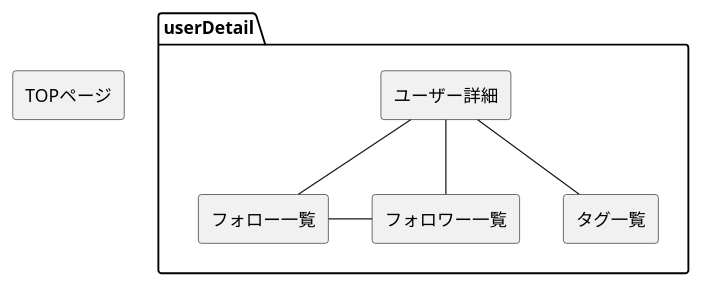
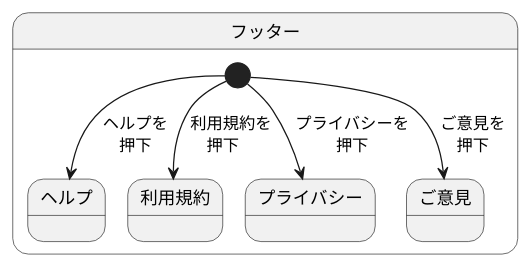
The fifth of 6 diagrams in docs/2_bd/2.1.2.ScreenFlowDiagram.md (MewW6m/Mineso), drawn with PlantUML before and after one commit. The commit also changed other lines of this file and 138 other files, not shown here.

````diff
--- a/docs/2_bd/2.1.2.ScreenFlowDiagram.md
+++ b/docs/2_bd/2.1.2.ScreenFlowDiagram.md
@@ -32,16 +81,14 @@
 ```uml
 @startuml
-	agent "TOPページ" as top
-	top -[hidden]right-> userDetail
-	package "ユーザー" as userDetail {
-		agent "ユーザー詳細" as user
-		agent "フォロー一覧" as follow
-		agent "フォロワー一覧" as follower
-		agent "タグ一覧" as tag
-		user -- follow
-		user -- follower
-		user -- tag
-		follow -right- follower
-	}
+		state "フッター" as footer1 {
+			state "ヘルプ" as sc9
+			state "利用規約" as sc10
+			state "プライバシー" as sc11
+			state "ご意見" as sc12
+			[*] --> sc9 : ヘルプを\n押下
+			[*] --> sc10 : 利用規約を\n押下　 
+			[*] --> sc11 : プライバシーを\n押下
+			[*] --> sc12 : ご意見を\n押下
+		}
 @enduml
 ```
````
